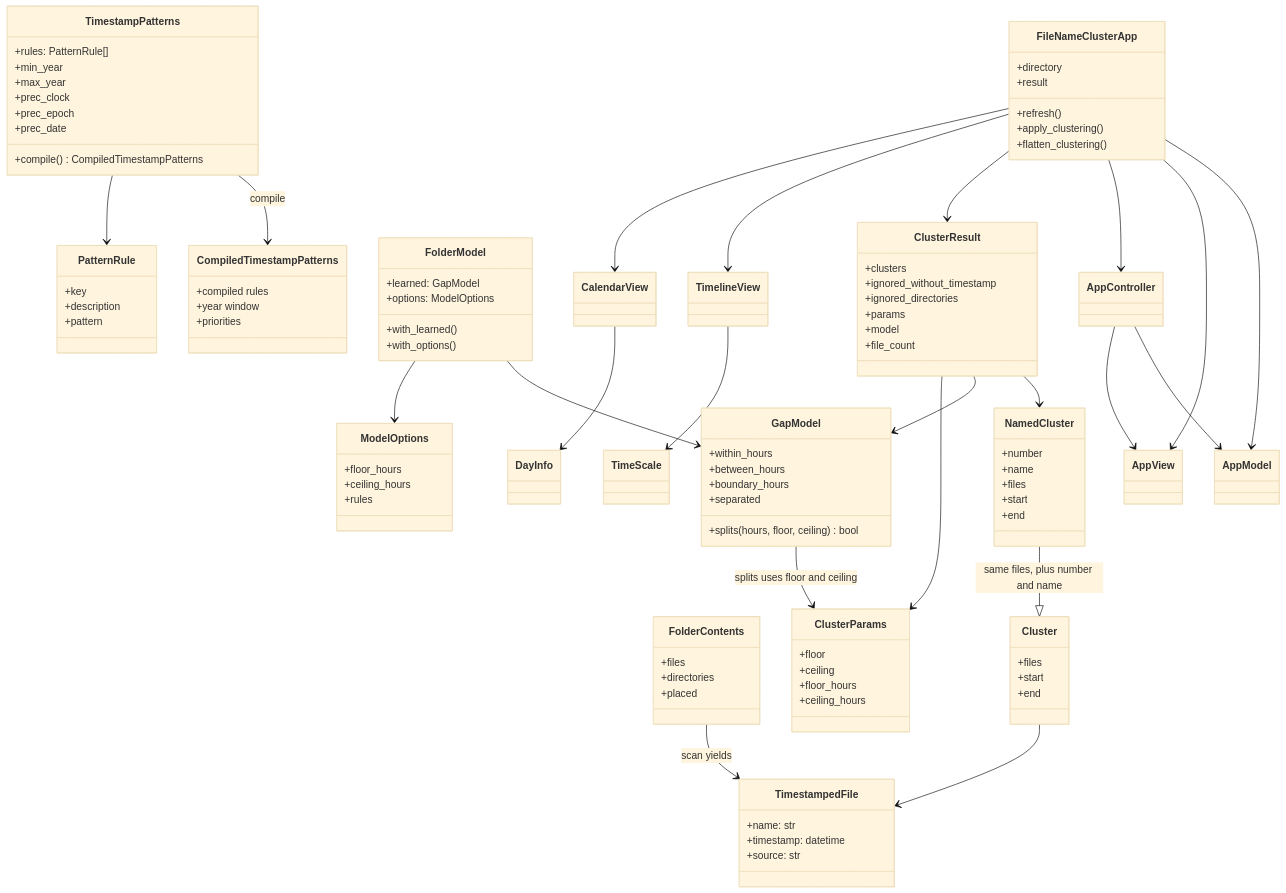
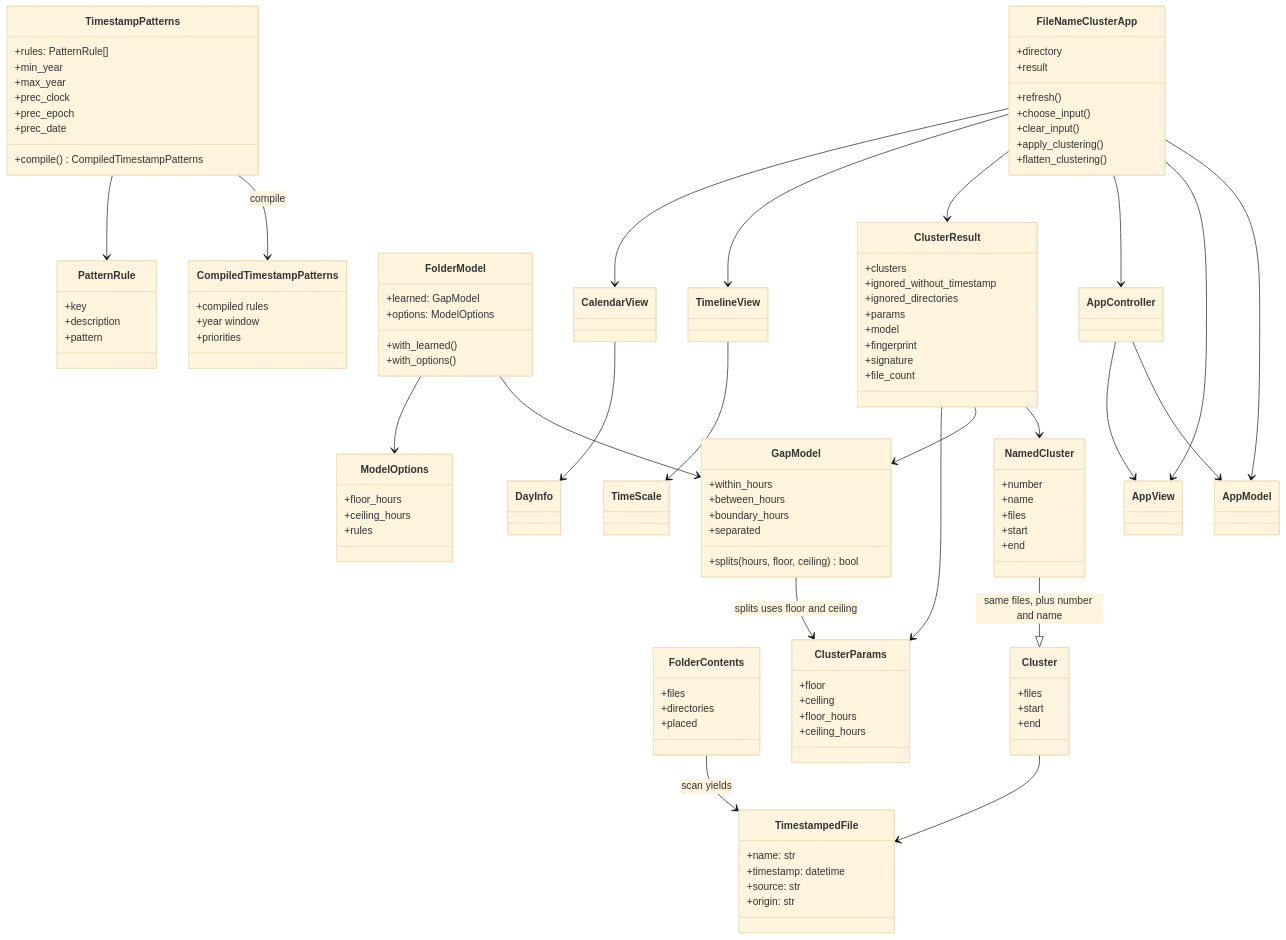
The third of 5 diagrams in docs/architecture.md (rvcgeeks/filenamecluster), drawn with Mermaid (base theme) before and after one commit. The commit also changed other lines of this file and 47 other files, not shown here.

```diff
--- a/docs/architecture.md
+++ b/docs/architecture.md
@@ -116,6 +119,7 @@
         +name: str
         +timestamp: datetime
         +source: str
+        +origin: str
     }
     class FolderContents {
         +files
@@ -167,12 +171,16 @@
         +ignored_directories
         +params
         +model
+        +fingerprint
+        +signature
         +file_count
     }
     class FileNameClusterApp {
         +directory
         +result
         +refresh()
+        +choose_input()
+        +clear_input()
         +apply_clustering()
         +flatten_clustering()
     }
```
